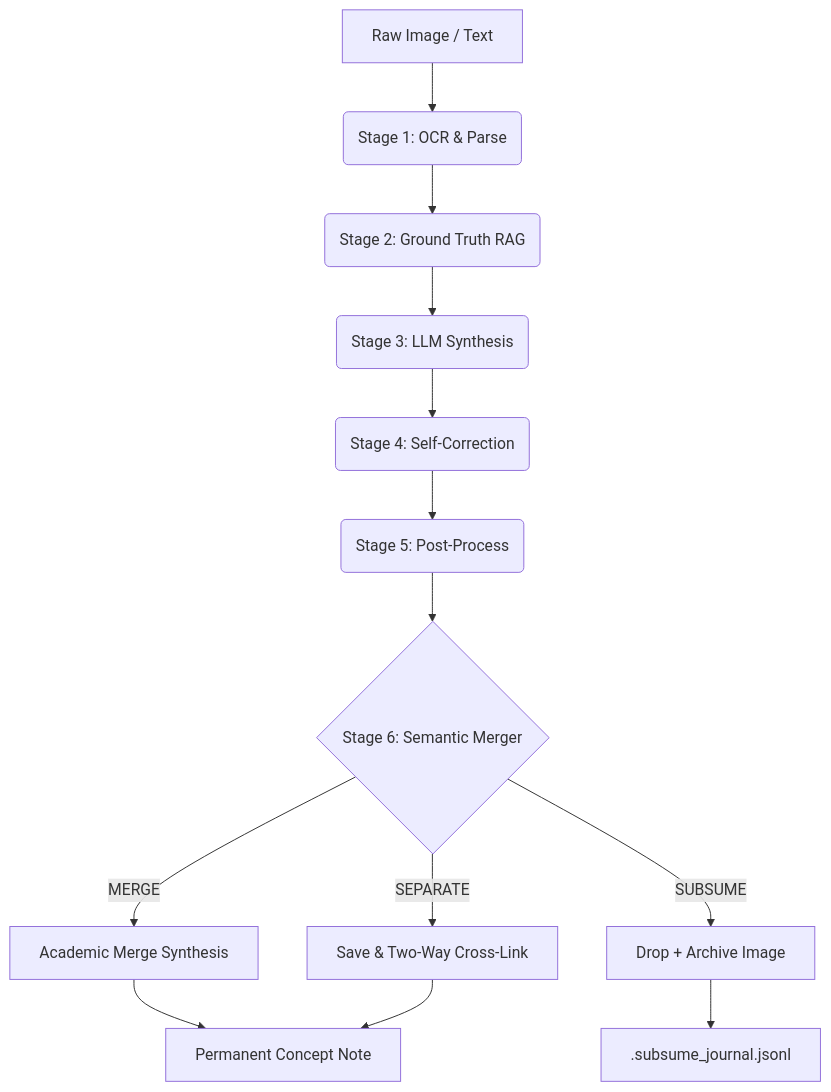
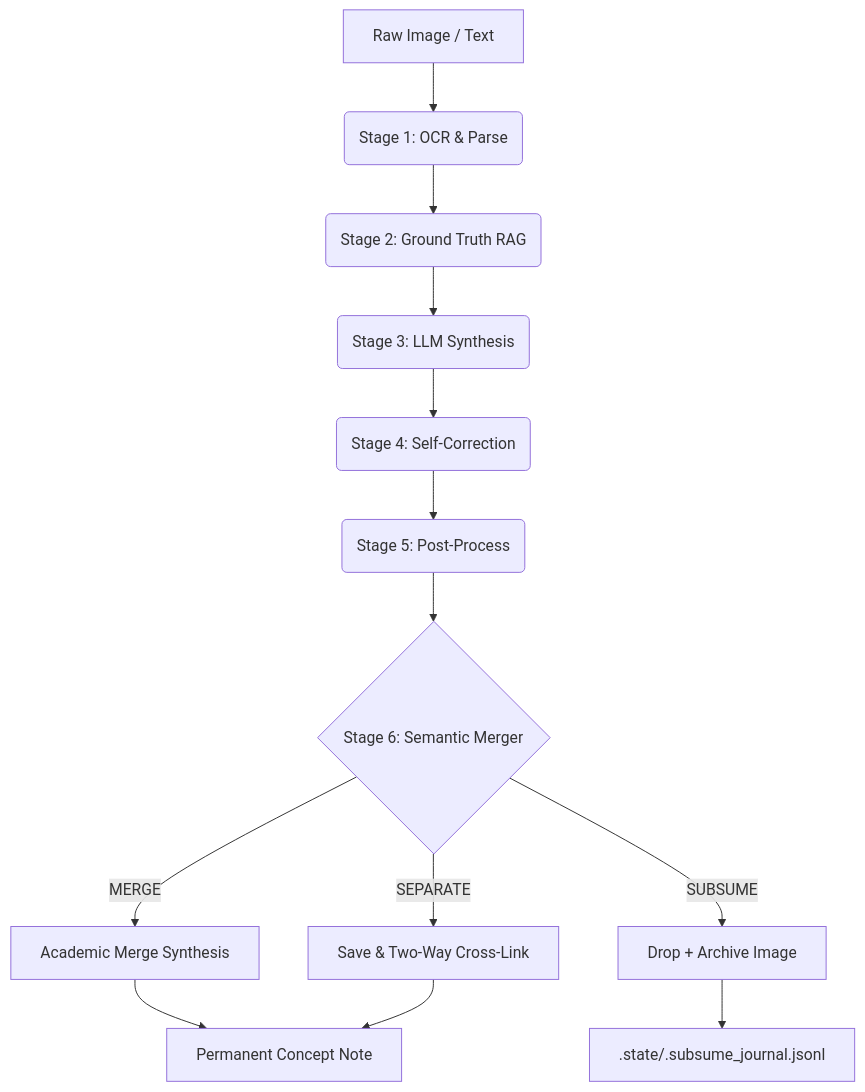
One commit to vvChu/vvc-second-brain-scripts changed the diagram in scripts/README.md. Above: the diagram before and after it, drawn with Mermaid. The commit also changed other lines of this file and 67 other files, not shown here.

````diff
--- a/scripts/README.md
+++ b/scripts/README.md
@@ -102,15 +105,15 @@
 ```mermaid
 graph TD
     A[Raw Image / Text] --> B(Stage 1: OCR & Parse)
     B --> C(Stage 2: Ground Truth RAG)
     C --> D(Stage 3: LLM Synthesis)
     D --> E(Stage 4: Self-Correction)
     E --> F(Stage 5: Post-Process)
     F --> H{Stage 6: Semantic Merger}
     H -- MERGE --> I[Academic Merge Synthesis]
     H -- SEPARATE --> J[Save & Two-Way Cross-Link]
     H -- SUBSUME --> K[Drop + Archive Image]
     I --> G[Permanent Concept Note]
     J --> G
-    K --> L[.subsume_journal.jsonl]
+    K --> L[.state/.subsume_journal.jsonl]
 ```
````
